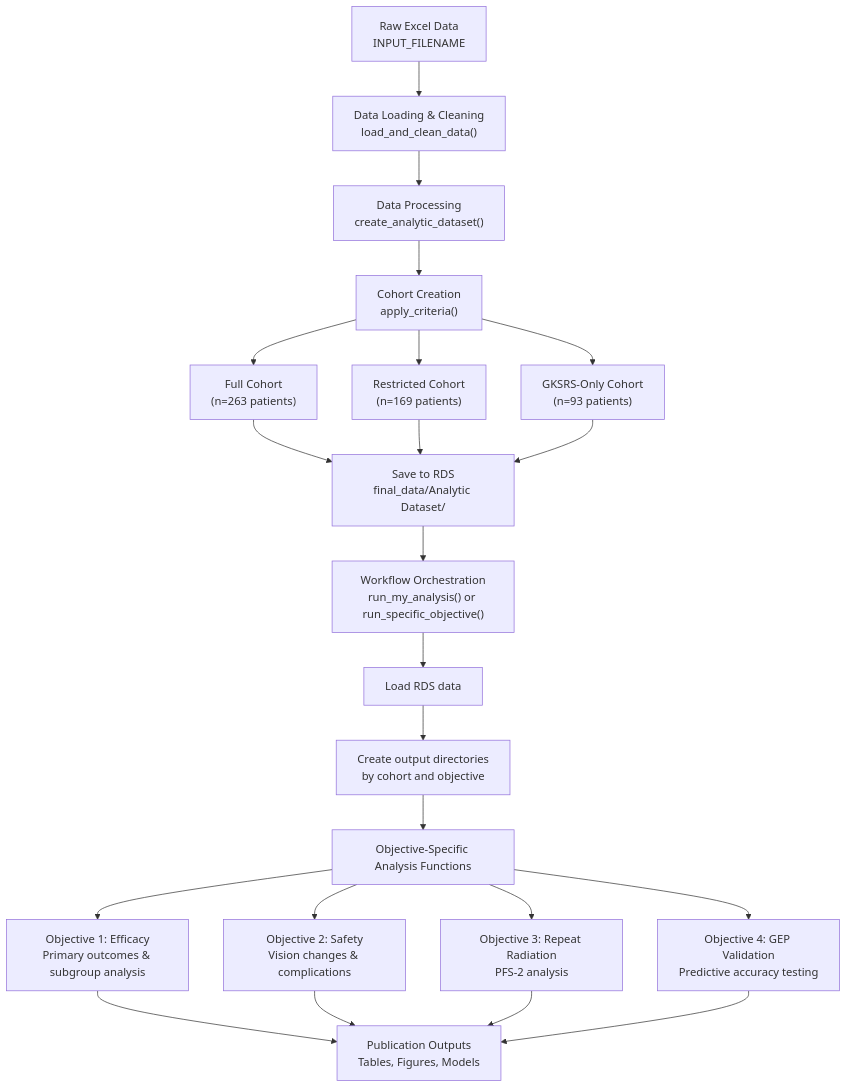
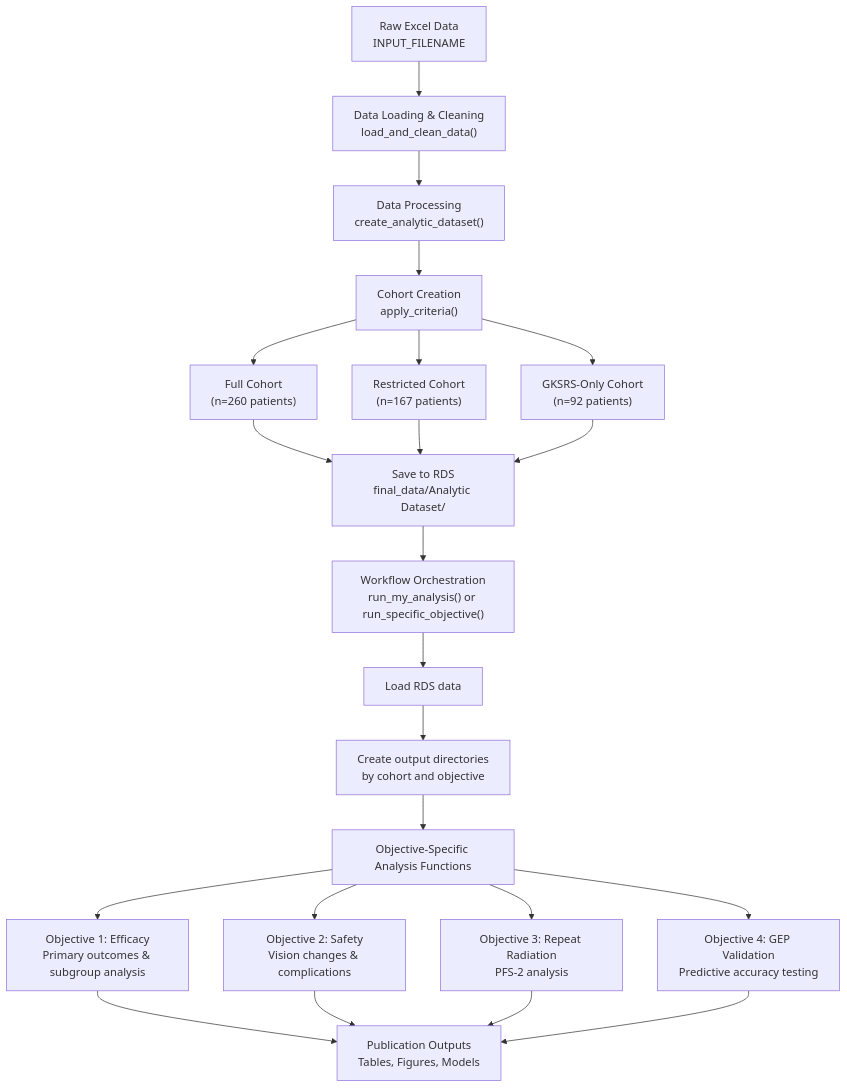
The diagram in README.md (nicholas-camarda/uveal_melanoma), drawn with Mermaid before and after one commit. The commit also changed other lines of this file and 2 other files, not shown here.

Commit message:
Document patient exclusions and refresh cohort counts

````diff
--- a/README.md
+++ b/README.md
@@ -160,29 +160,29 @@
 ```mermaid
 flowchart TD
     A["Raw Excel Data<br/>INPUT_FILENAME"] --> B["Data Loading & Cleaning<br/>load_and_clean_data()"]
     B --> C["Data Processing<br/>create_analytic_dataset()"]
     C --> D["Cohort Creation<br/>apply_criteria()"]
     
-    D --> I["Full Cohort<br/>(n=263 patients)"]
-    D --> J["Restricted Cohort<br/>(n=169 patients)"]
-    D --> K["GKSRS-Only Cohort<br/>(n=93 patients)"]
+    D --> I["Full Cohort<br/>(n=260 patients)"]
+    D --> J["Restricted Cohort<br/>(n=167 patients)"]
+    D --> K["GKSRS-Only Cohort<br/>(n=92 patients)"]
     
     I --> L["Save to RDS<br/>final_data/Analytic Dataset/"]
     J --> L
     K --> L
     
     L --> M["Workflow Orchestration<br/>run_my_analysis() or run_specific_objective()"]
     M --> N["Load RDS data"]
     N --> O["Create output directories<br/>by cohort and objective"]
     O --> P["Objective-Specific Analysis Functions"]
     
     P --> Q["Objective 1: Efficacy<br/>Primary outcomes & subgroup analysis"]
     P --> R["Objective 2: Safety<br/>Vision changes & complications"]
     P --> S["Objective 3: Repeat Radiation<br/>PFS-2 analysis"]
     P --> T["Objective 4: GEP Validation<br/>Predictive accuracy testing"]
     
     Q --> U["Publication Outputs<br/>Tables, Figures, Models"]
     R --> U
     S --> U
     T --> U
 ```
````
